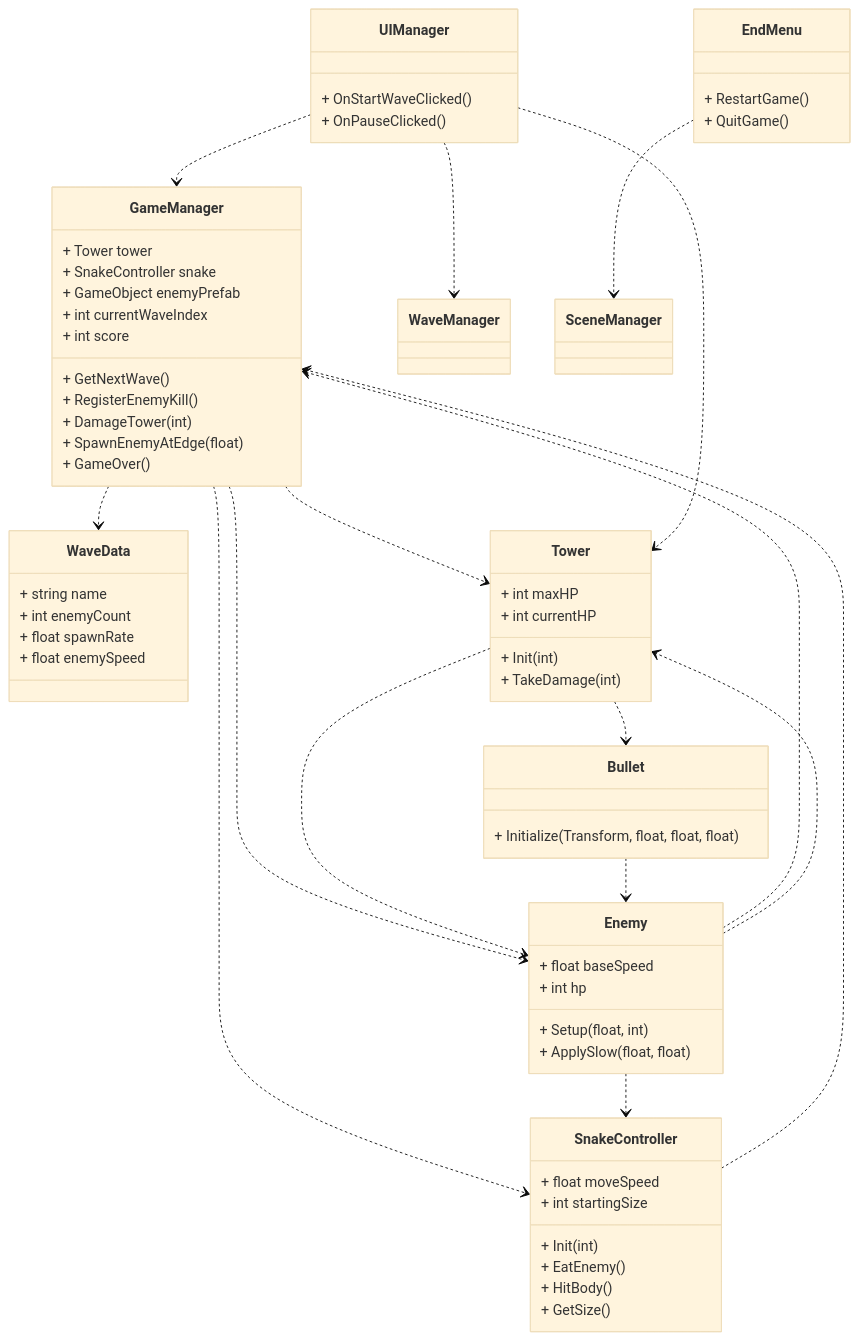
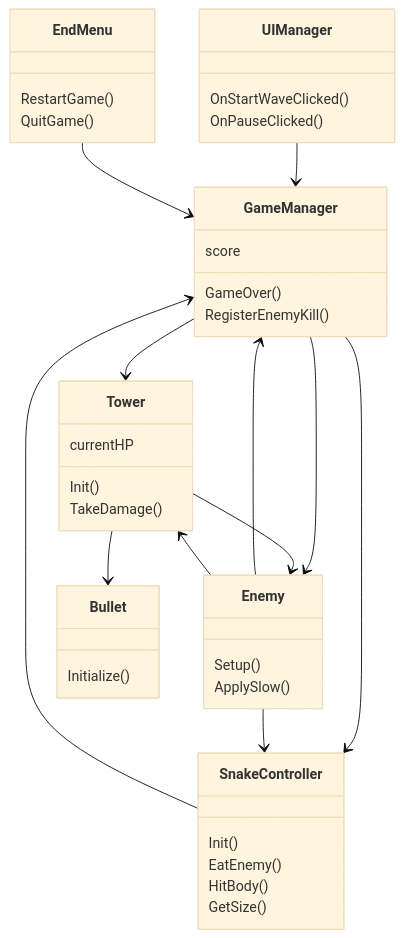
The diagram in ClassDiagramTD.md (MarcosMartinsCarvalho/progM5-6), drawn with Mermaid (base theme) before and after one commit.

````diff
--- a/ClassDiagramTD.md
+++ b/ClassDiagramTD.md
@@ -1,85 +1,56 @@
 ```mermaid
----
-Title: Class Diagram Tower Defense
----
-
 classDiagram
 
 class GameManager {
-    + Tower tower
-    + SnakeController snake
-    + GameObject enemyPrefab
-    + int currentWaveIndex
-    + int score
-    + GetNextWave()
-    + RegisterEnemyKill()
-    + DamageTower(int)
-    + SpawnEnemyAtEdge(float)
-    + GameOver()
-}
-
-class WaveData {
-    + string name
-    + int enemyCount
-    + float spawnRate
-    + float enemySpeed
+    score
+    GameOver()
+    RegisterEnemyKill()
 }
 
 class SnakeController {
-    + float moveSpeed
-    + int startingSize
-    + Init(int)
-    + EatEnemy()
-    + HitBody()
-    + GetSize()
+    Init()
+    EatEnemy()
+    HitBody()
+    GetSize()
 }
 
 class Tower {
-    + int maxHP
-    + int currentHP
-    + Init(int)
-    + TakeDamage(int)
+    currentHP
+    Init()
+    TakeDamage()
 }
 
 class Enemy {
-    + float baseSpeed
-    + int hp
-    + Setup(float, int)
-    + ApplySlow(float, float)
+    Setup()
+    ApplySlow()
 }
 
 class Bullet {
-    + Initialize(Transform, float, float, float)
+    Initialize()
 }
 
 class UIManager {
-    + OnStartWaveClicked()
-    + OnPauseClicked()
+    OnStartWaveClicked()
+    OnPauseClicked()
 }
 
 class EndMenu {
-    + RestartGame()
-    + QuitGame()
+    RestartGame()
+    QuitGame()
 }
 
-GameManager ..> Tower
-GameManager ..> SnakeController
-GameManager ..> Enemy
-GameManager ..> WaveData
+GameManager --> Tower
+GameManager --> SnakeController
+GameManager --> Enemy
 
-SnakeController ..> GameManager
-Enemy ..> GameManager
-Enemy ..> SnakeController
-Enemy ..> Tower
+SnakeController --> GameManager
+Enemy --> GameManager
+Enemy --> SnakeController
+Enemy --> Tower
 
-Tower ..> Enemy
-Tower ..> Bullet
+Tower --> Enemy
+Tower --> Bullet
 
-Bullet ..> Enemy
-
-UIManager ..> GameManager
-UIManager ..> Tower
-UIManager ..> WaveManager
-
-EndMenu ..> SceneManager
+UIManager --> GameManager
+EndMenu --> GameManager
 ```
````
